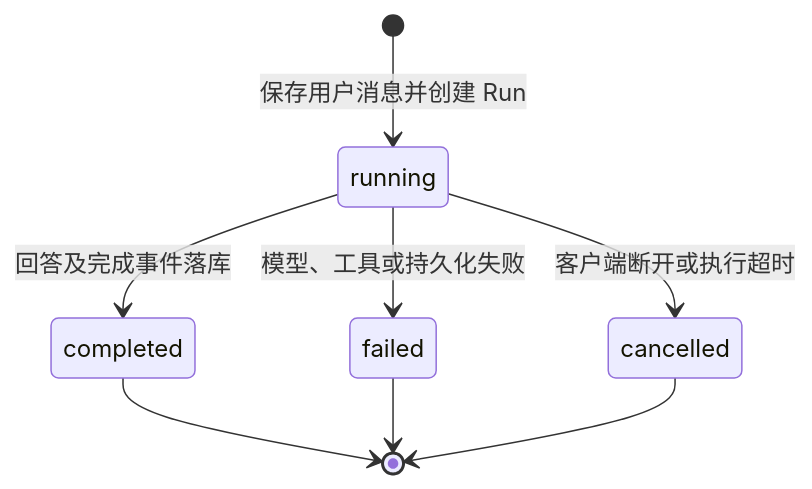
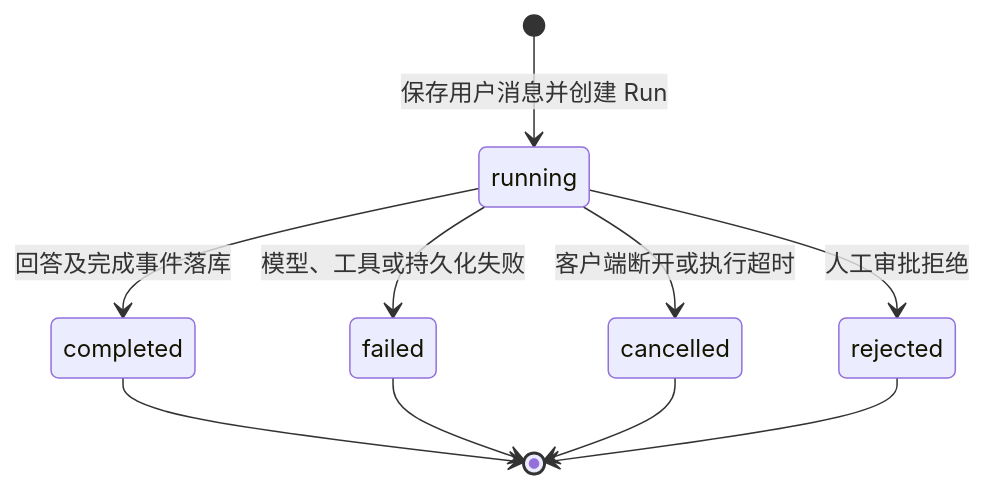
The fifth of 6 diagrams in docs/project-analysis.md (zora-DD/zora), drawn with Mermaid before and after one commit. The commit also changed other lines of this file and 36 other files, not shown here.

````diff
--- a/docs/project-analysis.md
+++ b/docs/project-analysis.md
@@ -252,10 +275,12 @@
 ```mermaid
 stateDiagram-v2
     [*] --> running: 保存用户消息并创建 Run
     running --> completed: 回答及完成事件落库
     running --> failed: 模型、工具或持久化失败
     running --> cancelled: 客户端断开或执行超时
+    running --> rejected: 人工审批拒绝
     completed --> [*]
     failed --> [*]
     cancelled --> [*]
+    rejected --> [*]
 ```
````
